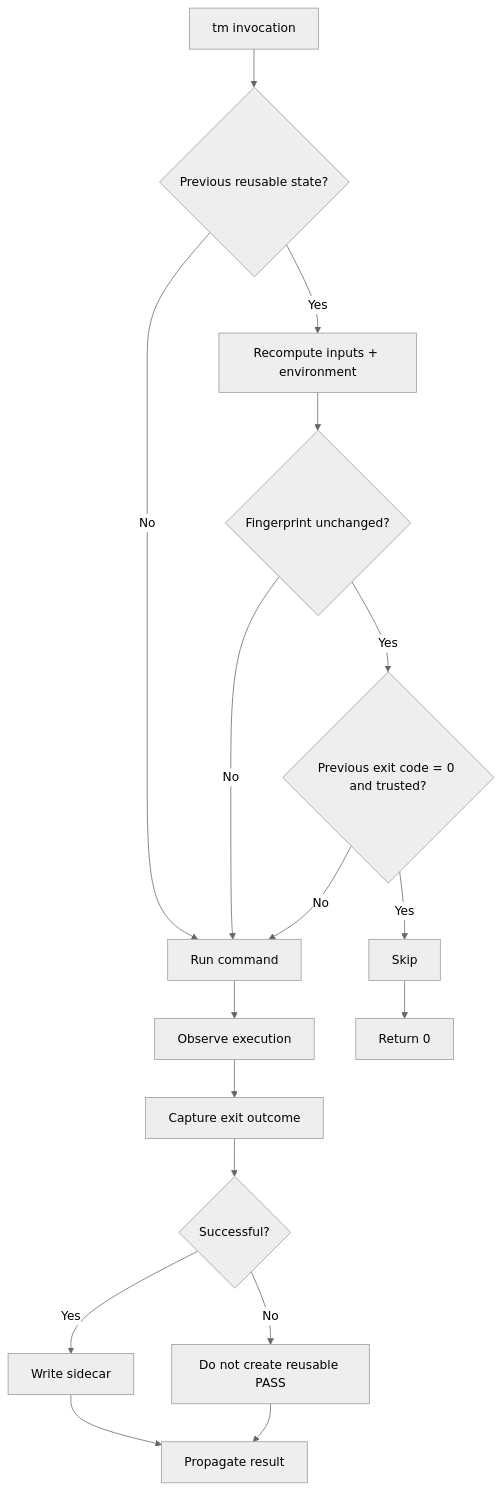
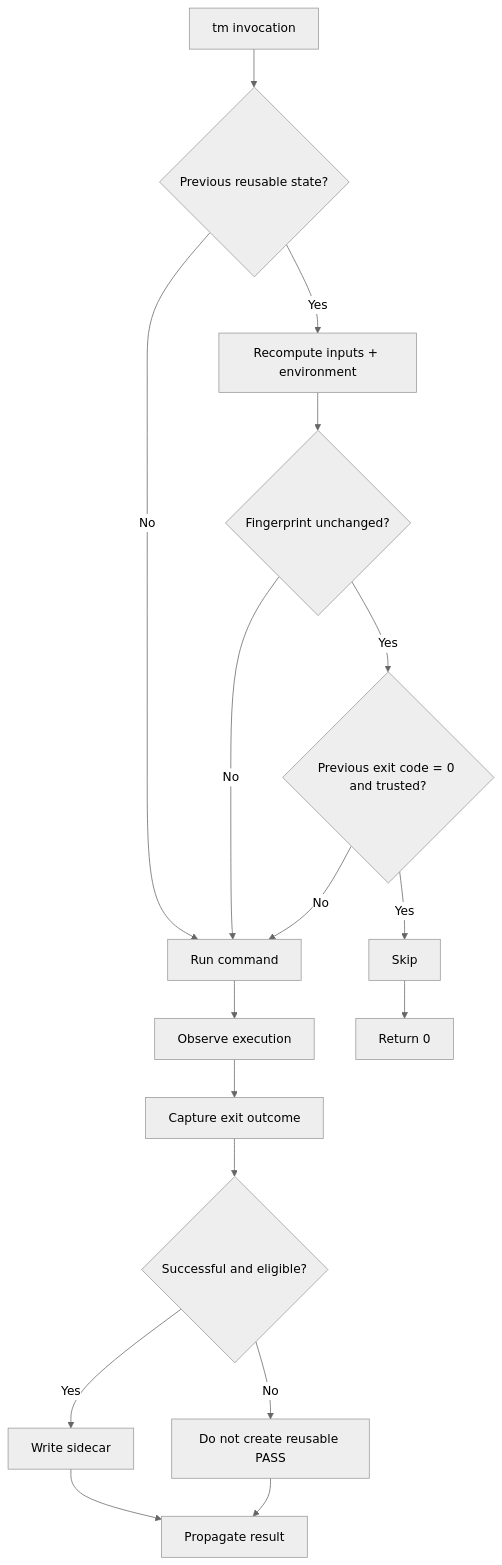
One commit to jedediahg/testmiser changed the ninth of 9 diagrams in docs/spec/tm-test-memoization-technical-specification.md. Above: the diagram before and after it, drawn with Mermaid (neutral theme). The commit also changed other lines of this file and 1 other file, not shown here.

````diff
--- a/docs/spec/tm-test-memoization-technical-specification.md
+++ b/docs/spec/tm-test-memoization-technical-specification.md
@@ -1874,19 +1626,19 @@
 ```mermaid
 flowchart TD
     A[tm invocation] --> B{Previous reusable state?}
     B -- No --> C[Run command]
     B -- Yes --> D[Recompute inputs + environment]
     D --> E{Fingerprint unchanged?}
     E -- No --> C
     E -- Yes --> F{Previous exit code = 0 and trusted?}
     F -- No --> C
     F -- Yes --> G[Skip]
     G --> H[Return 0]
     C --> I[Observe execution]
     I --> J[Capture exit outcome]
-    J --> K{Successful?}
+    J --> K{Successful and eligible?}
     K -- Yes --> L[Write sidecar]
     K -- No --> M[Do not create reusable PASS]
     L --> N[Propagate result]
     M --> N
 ```
````
